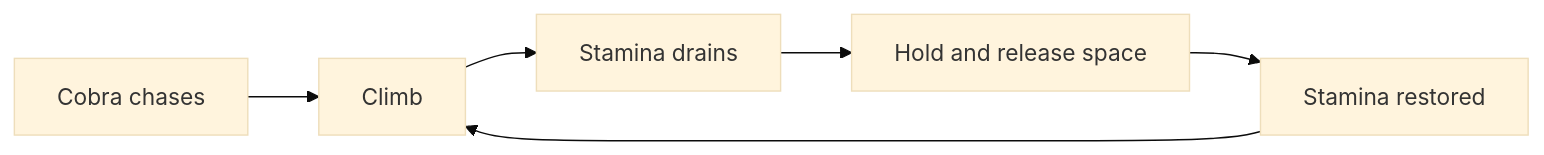
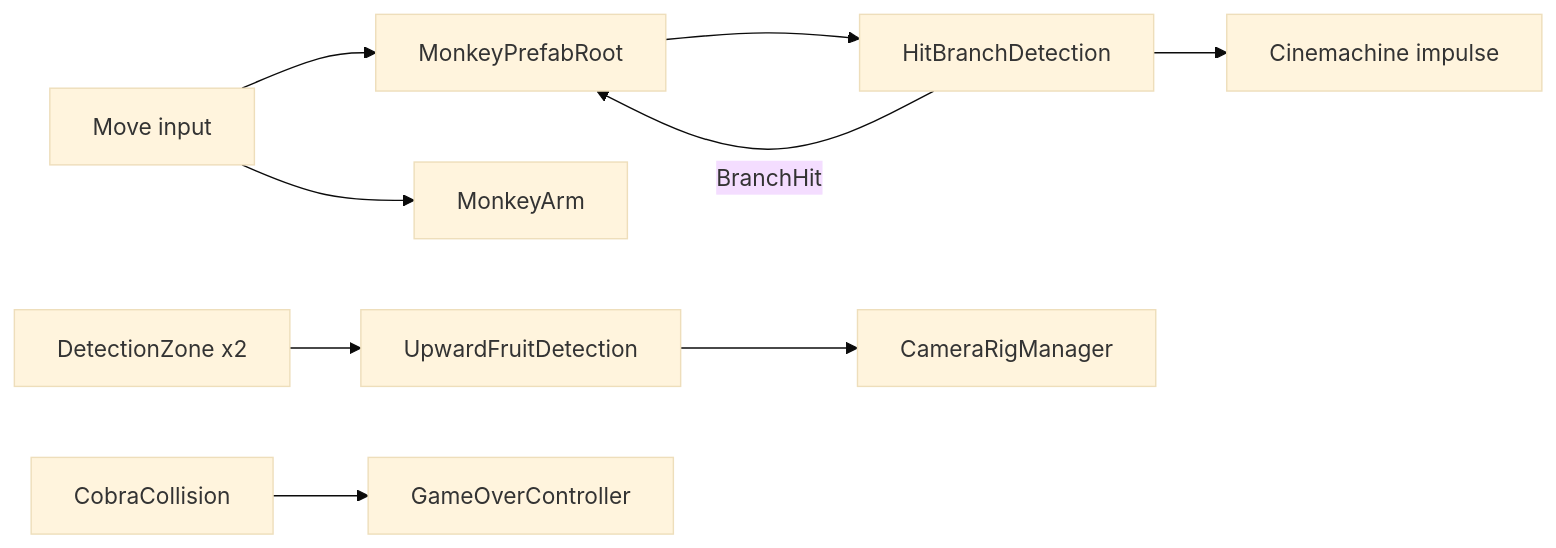
One commit to kami-lel/monkobra changed the diagram in CONTEXT.md. Above: the diagram before and after it, drawn with Mermaid (base theme). The commit also changed other lines of this file, not shown here.

````diff
--- a/CONTEXT.md
+++ b/CONTEXT.md
@@ -46,8 +50,11 @@
 ```mermaid
 graph LR
-  Climb --> Drain[Stamina drains]
-  Drain --> Grab[Hold and release space]
-  Grab --> Restore[Stamina restored]
-  Restore --> Climb
-  Cobra[Cobra chases] --> Climb
+  Input[Move input] --> Root[MonkeyPrefabRoot]
+  Input --> Arm[MonkeyArm]
+  Root --> Hit[HitBranchDetection]
+  Hit -->|BranchHit| Root
+  Hit --> Shake[Cinemachine impulse]
+  Zones[DetectionZone x2] --> Fruit[UpwardFruitDetection]
+  Fruit --> Cam[CameraRigManager]
+  Cobra[CobraCollision] --> Over[GameOverController]
 ```
````
